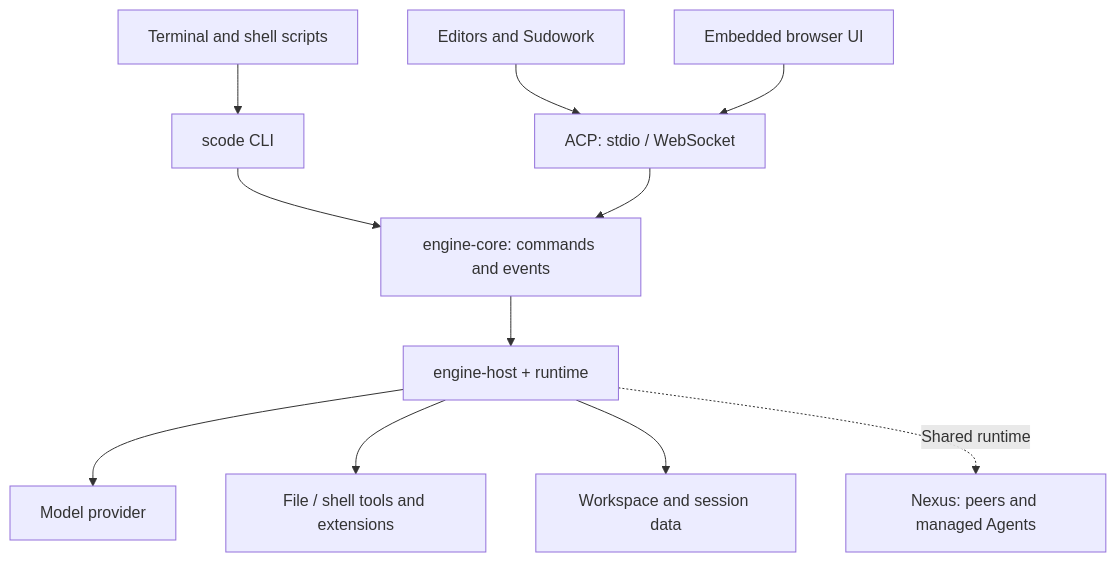
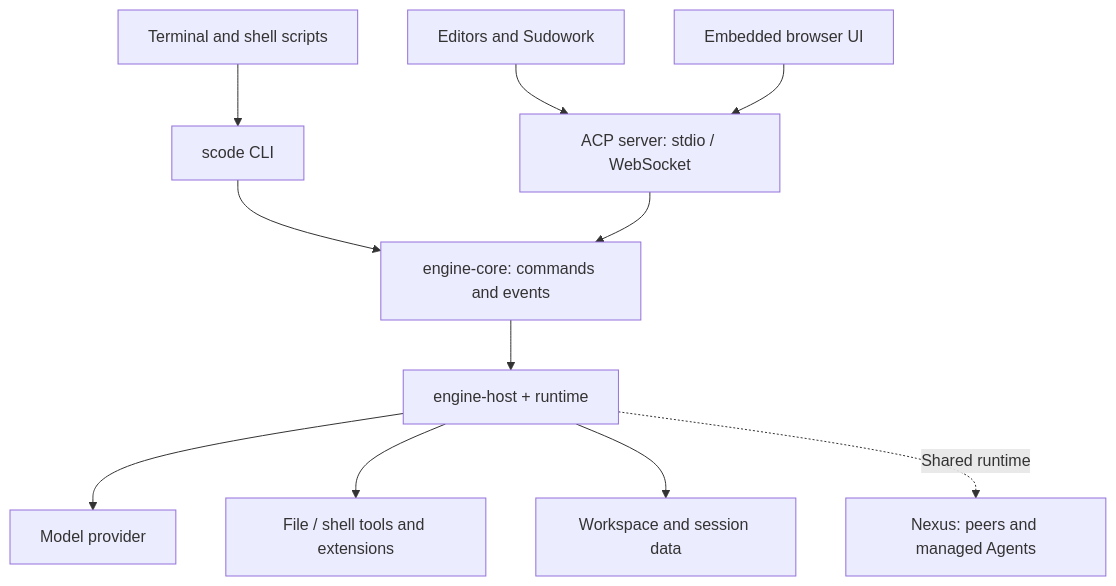
The diagram in README.md (sudoprivacy/sudocode), drawn with Mermaid before and after one commit. The commit also changed other lines of this file and 1 other file, not shown here.

Commit message:
docs(acp): clarify server entry and transport boundaries

````diff
--- a/README.md
+++ b/README.md
@@ -169,13 +169,13 @@
 ```mermaid
 flowchart TB
     Terminal["Terminal and shell scripts"] --> CLI["scode CLI"]
-    Clients["Editors and Sudowork"] --> ACP["ACP: stdio / WebSocket"]
+    Clients["Editors and Sudowork"] --> ACP["ACP server: stdio / WebSocket"]
     Browser["Embedded browser UI"] --> ACP
     CLI --> Boundary["engine-core: commands and events"]
     ACP --> Boundary
     Boundary --> Engine["engine-host + runtime"]
     Engine --> Models["Model provider"]
     Engine --> Tools["File / shell tools and extensions"]
     Engine --> Data["Workspace and session data"]
     Engine -. "Shared runtime" .-> Nexus["Nexus: peers and managed Agents"]
 ```
````
